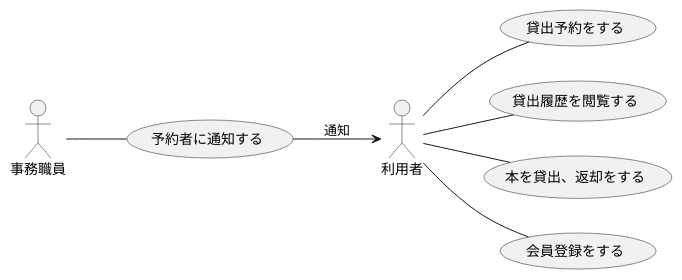
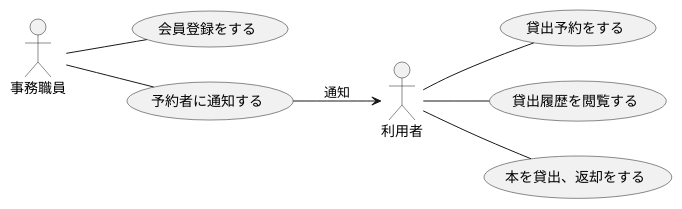
One commit to tagamiren/ohara_uml changed the diagram in group/test_ library/usecase.pu. Above: the diagram before and after it, drawn with PlantUML.

```diff
--- a/group/test_ library/usecase.pu
+++ b/group/test_ library/usecase.pu
@@ -1,25 +1,26 @@
 @startuml 図書館システムユースケース
 skinparam actorStyle stick
 left to right direction
 
 actor 利用者
 actor 事務職員
 
 (貸出予約をする) as UC1
 (貸出履歴を閲覧する) as UC2
 (本を貸出、返却をする) as UC3
 (会員登録をする) as UC4
 ' (本を返却する) as UC4
 (予約者に通知する) as UC5
 
+事務職員 -- UC4
 事務職員 -- UC5
 
 利用者 -- UC1
 利用者 -- UC2
 利用者 -- UC3
-利用者 -- UC4
+
 
 
 UC5 --> 利用者 : 通知
 
 @enduml
```
